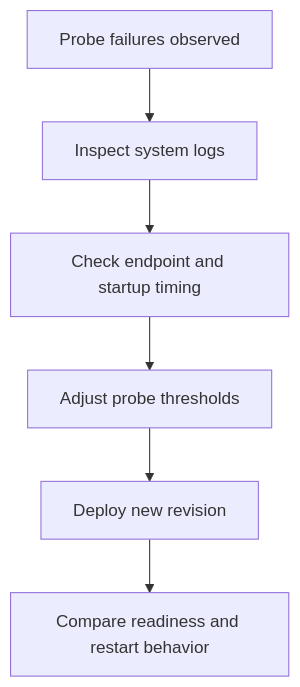
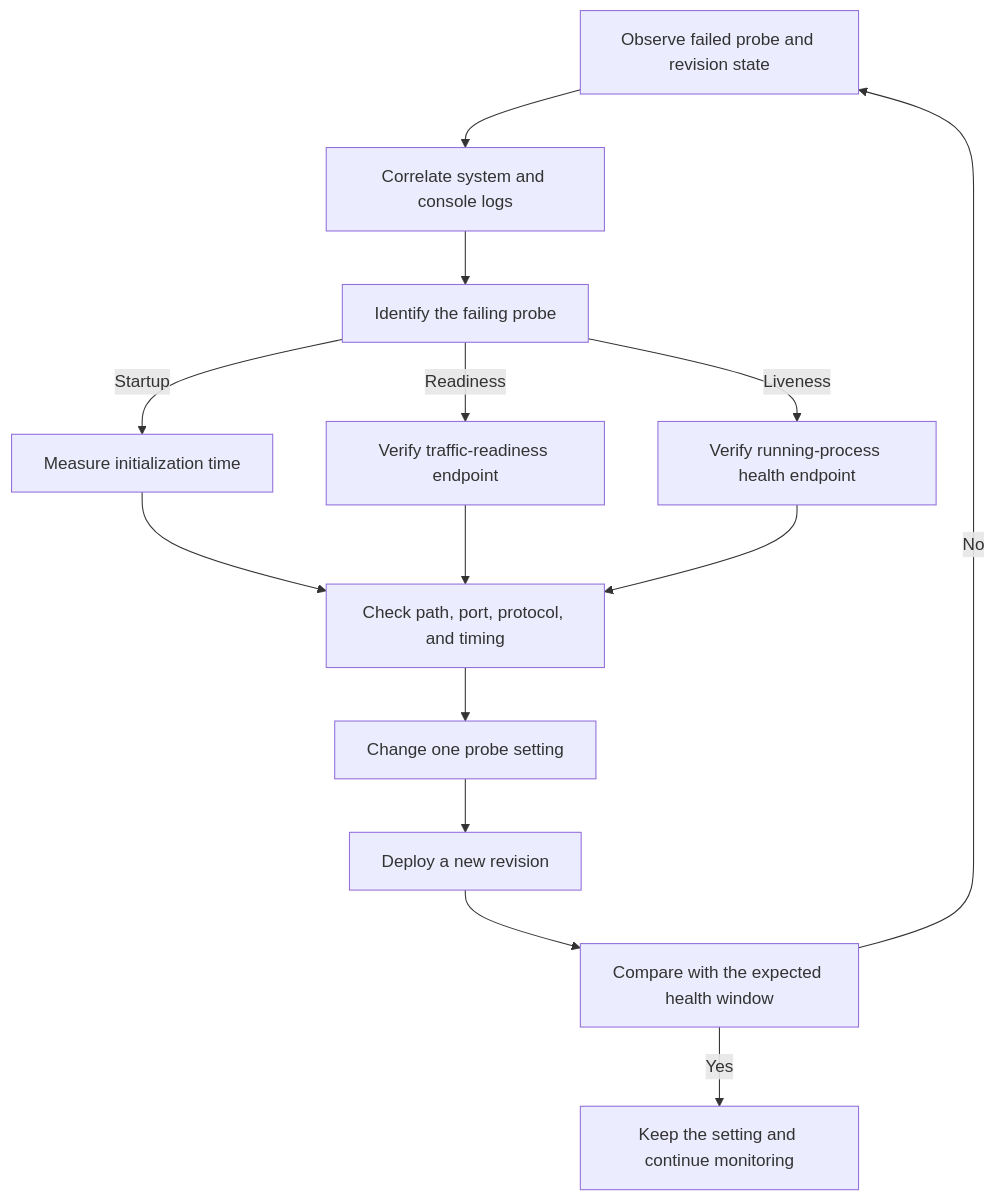
Before and after one commit to yeongseon/azure-container-apps-practical-guide: the diagram in docs/operations/health-probes/probe-tuning.md, drawn with Mermaid. The commit also changed other lines of this file and 11 other files, not shown here.

Commit message:
docs(diagrams): migrate probe and jobs lifecycle diagrams (#613)

````diff
--- a/docs/operations/health-probes/probe-tuning.md
+++ b/docs/operations/health-probes/probe-tuning.md
@@ -59,8 +59,31 @@
 ```mermaid
 flowchart TD
-    A[Probe failures observed] --> B[Inspect system logs]
-    B --> C[Check endpoint and startup timing]
-    C --> D[Adjust probe thresholds]
-    D --> E[Deploy new revision]
-    E --> F[Compare readiness and restart behavior]
+    accTitle: Probe debugging loop
+    accDescr: Shows an evidence-first loop that identifies the failing probe, validates its endpoint and timing, changes one setting, deploys a revision, and compares readiness and restart behavior.
+
+    OBSERVE[Observe failed probe and revision state]
+    LOGS[Correlate system and console logs]
+    TYPE[Identify the failing probe]
+    START[Measure initialization time]
+    READY[Verify traffic-readiness endpoint]
+    LIVE[Verify running-process health endpoint]
+    CONFIG[Check path, port, protocol, and timing]
+    CHANGE[Change one probe setting]
+    DEPLOY[Deploy a new revision]
+    COMPARE[Compare with the expected health window]
+    KEEP[Keep the setting and continue monitoring]
+
+    OBSERVE --> LOGS
+    LOGS --> TYPE
+    TYPE -->|Startup| START
+    TYPE -->|Readiness| READY
+    TYPE -->|Liveness| LIVE
+    START --> CONFIG
+    READY --> CONFIG
+    LIVE --> CONFIG
+    CONFIG --> CHANGE
+    CHANGE --> DEPLOY
+    DEPLOY --> COMPARE
+    COMPARE -->|No| OBSERVE
+    COMPARE -->|Yes| KEEP
 ```
````
